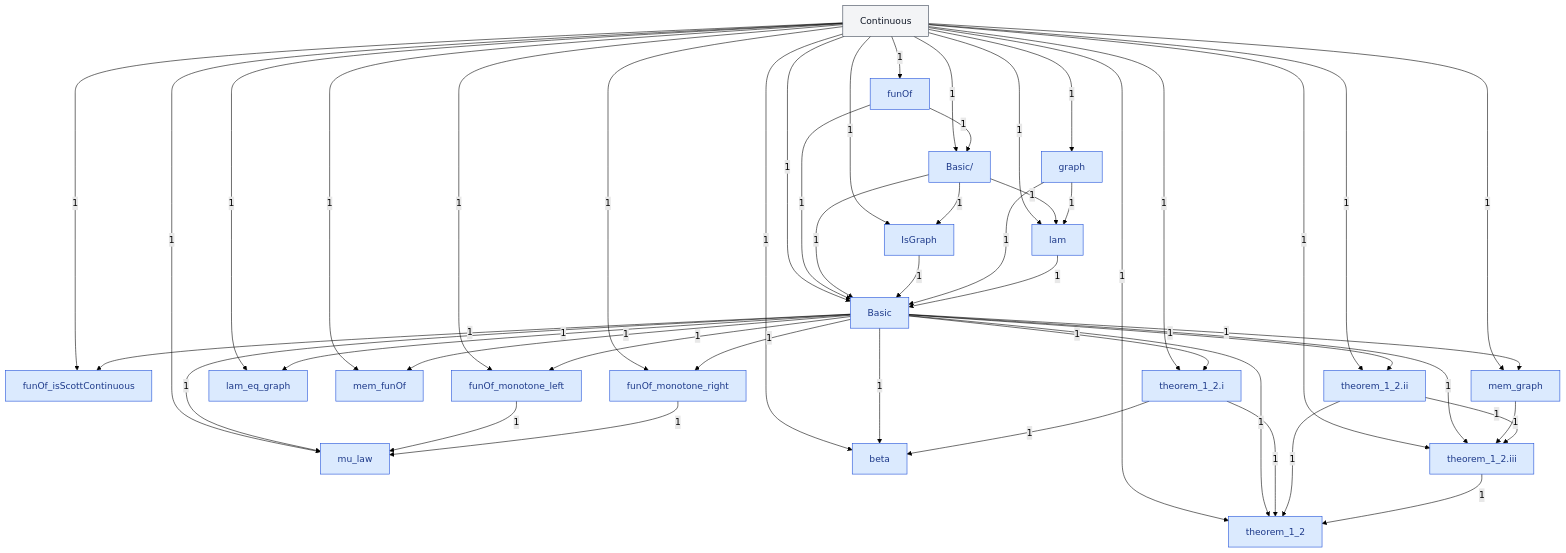
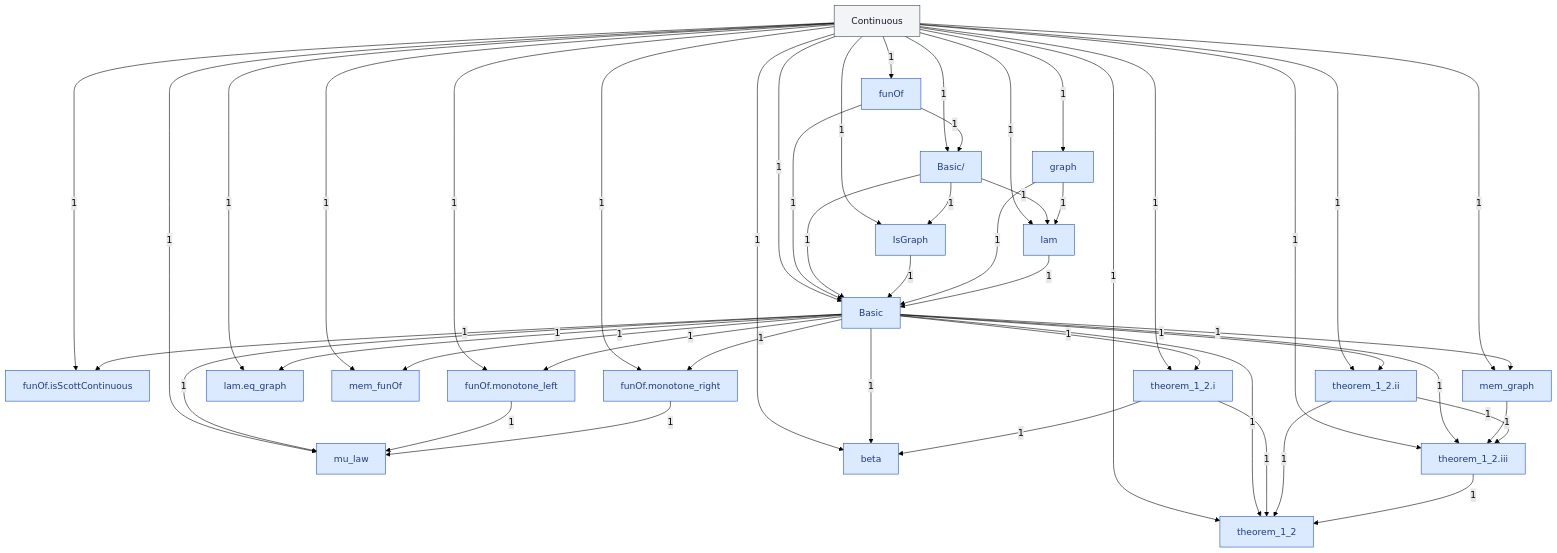
Before and after one commit to catskillsresearch/DomainTheory: the diagram in DomainTheory/DataTypesAsLattices/Graph/Graph.mermaid, drawn with Mermaid (forest theme). The commit also changed 1415 other files, not shown here.

```diff
--- a/DomainTheory/DataTypesAsLattices/Graph/Graph.mermaid
+++ b/DomainTheory/DataTypesAsLattices/Graph/Graph.mermaid
@@ -1,94 +1,94 @@
 %% Inside Graph. A box is one Lean file in this folder, or one subfolder.
 %% A box named as another folder is that whole folder. A box named as another chapter is that whole chapter.
 %% The arrowhead points at the file or folder that imports. The label is how many direct imports.
 flowchart TB
   N0["Continuous"]
   N1["funOf"]
   N2["Basic/"]
   N3["IsGraph"]
   N4["graph"]
   N5["lam"]
   N6["Basic"]
-  N7["funOf_isScottContinuous"]
-  N8["funOf_monotone_left"]
-  N9["funOf_monotone_right"]
-  N10["lam_eq_graph"]
+  N7["funOf.isScottContinuous"]
+  N8["funOf.monotone_left"]
+  N9["funOf.monotone_right"]
+  N10["lam.eq_graph"]
   N11["mem_funOf"]
   N12["mem_graph"]
   N13["mu_law"]
   N14["theorem_1_2.i"]
   N15["beta"]
   N16["theorem_1_2.ii"]
   N17["theorem_1_2.iii"]
   N18["theorem_1_2"]
 
   N0 -->|"1"| N1
   N0 -->|"1"| N2
   N1 -->|"1"| N2
   N0 -->|"1"| N3
   N2 -->|"1"| N3
   N0 -->|"1"| N4
   N0 -->|"1"| N5
   N2 -->|"1"| N5
   N4 -->|"1"| N5
   N0 -->|"1"| N6
   N1 -->|"1"| N6
   N2 -->|"1"| N6
   N3 -->|"1"| N6
   N4 -->|"1"| N6
   N5 -->|"1"| N6
   N0 -->|"1"| N7
   N6 -->|"1"| N7
   N0 -->|"1"| N8
   N6 -->|"1"| N8
   N0 -->|"1"| N9
   N6 -->|"1"| N9
   N0 -->|"1"| N10
   N6 -->|"1"| N10
   N0 -->|"1"| N11
   N6 -->|"1"| N11
   N0 -->|"1"| N12
   N6 -->|"1"| N12
   N0 -->|"1"| N13
   N6 -->|"1"| N13
   N8 -->|"1"| N13
   N9 -->|"1"| N13
   N0 -->|"1"| N14
   N6 -->|"1"| N14
   N0 -->|"1"| N15
   N6 -->|"1"| N15
   N14 -->|"1"| N15
   N0 -->|"1"| N16
   N6 -->|"1"| N16
   N0 -->|"1"| N17
   N6 -->|"1"| N17
   N12 -->|"1"| N17
   N16 -->|"1"| N17
   N0 -->|"1"| N18
   N6 -->|"1"| N18
   N14 -->|"1"| N18
   N16 -->|"1"| N18
   N17 -->|"1"| N18
 
   classDef file fill:#dbeafe,stroke:#1d4ed8,color:#1e3a8a
   classDef ext fill:#f3f4f6,stroke:#374151,color:#111827
 
   class N0 ext
   class N1 file
   class N2 file
   class N3 file
   class N4 file
   class N5 file
   class N6 file
   class N7 file
   class N8 file
   class N9 file
   class N10 file
   class N11 file
   class N12 file
   class N13 file
   class N14 file
   class N15 file
   class N16 file
   class N17 file
   class N18 file
```
